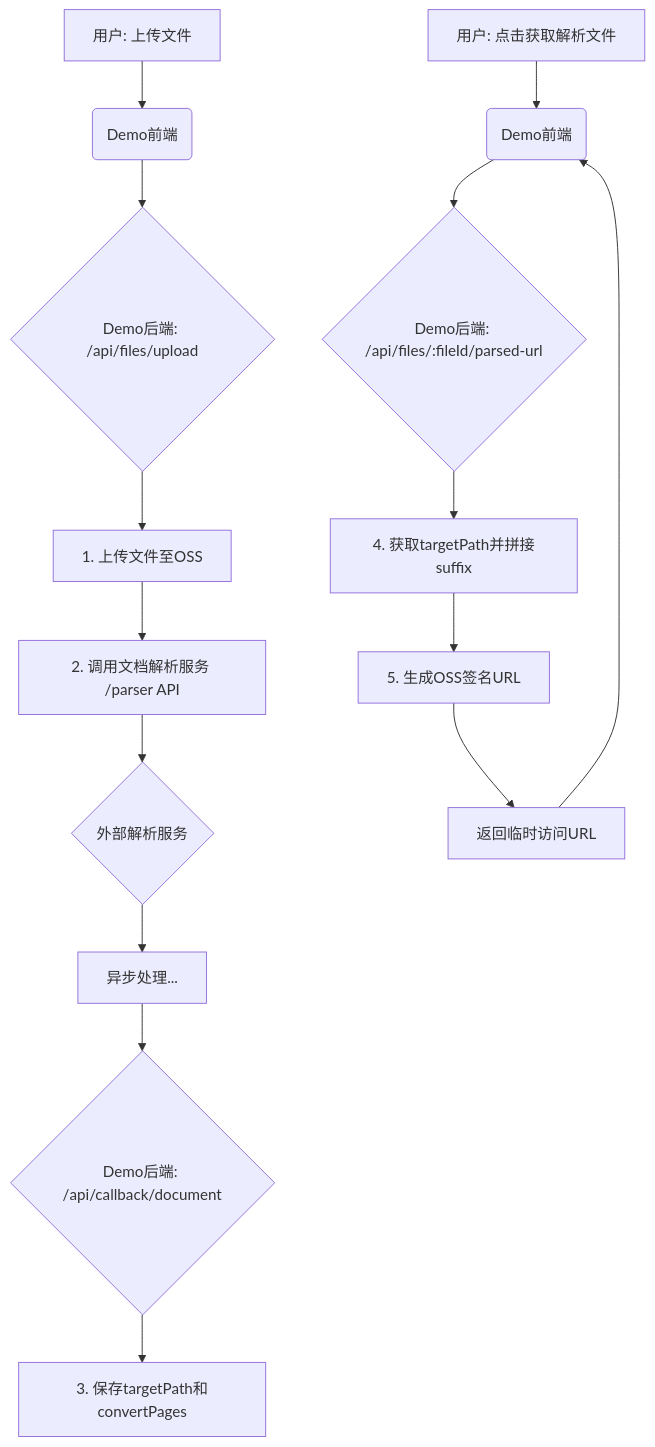
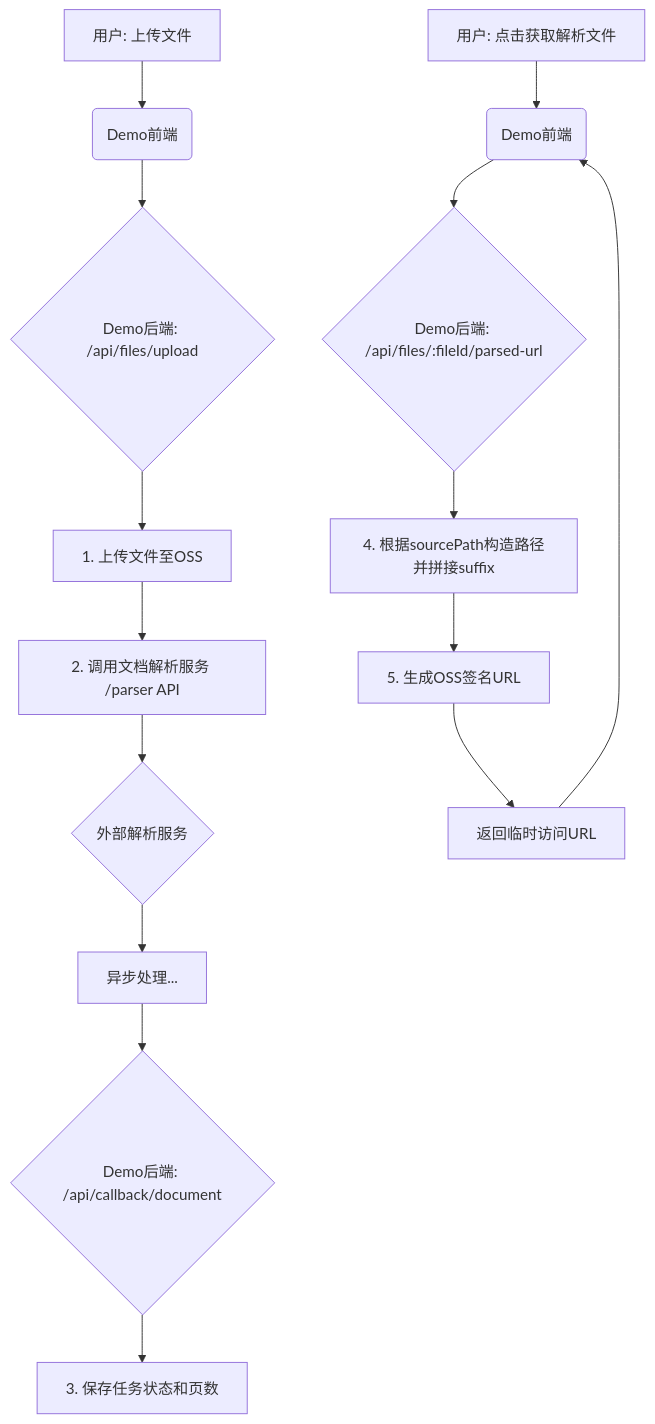
Before and after one commit to PlasoOpenPlatform/DocParseDemo: the diagram in API_DOCUMENTATION.md, drawn with Mermaid. The commit also changed other lines of this file and 5 other files, not shown here.

````diff
--- a/API_DOCUMENTATION.md
+++ b/API_DOCUMENTATION.md
@@ -165,18 +164,18 @@
 ```mermaid
 graph TD
     A[用户: 上传文件] --> B(Demo前端);
     B --> C{Demo后端: /api/files/upload};
     C --> D[1. 上传文件至OSS];
     D --> E[2. 调用文档解析服务 /parser API];
     E --> F{外部解析服务};
     F --> G[异步处理...];
     G --> H{Demo后端: /api/callback/document};
-    H --> I[3. 保存targetPath和convertPages];
+    H --> I[3. 保存任务状态和页数];
     
     J[用户: 点击获取解析文件] --> K(Demo前端);
     K --> L{Demo后端: /api/files/:fileId/parsed-url};
-    L --> M[4. 获取targetPath并拼接suffix];
+    L --> M[4. 根据sourcePath构造路径并拼接suffix];
     M --> N[5. 生成OSS签名URL];
     N --> O[返回临时访问URL];
     O --> K;
 ```
````
